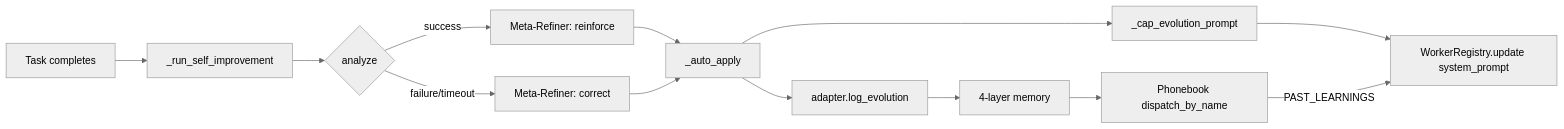
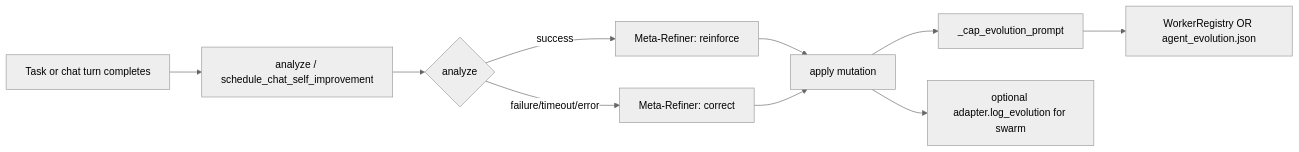
One commit to Mubder/kazma changed the diagram in docs/docs/guide/swarm-orchestration.md. Above: the diagram before and after it, drawn with Mermaid (neutral theme). The commit also changed other lines of this file and 8 other files, not shown here.

First line of the commit message:
feat(si): Kazma-wide self-improvement for chat and swarm

````diff
--- a/docs/docs/guide/swarm-orchestration.md
+++ b/docs/docs/guide/swarm-orchestration.md
@@ -290,15 +297,12 @@
 ```mermaid
 flowchart LR
-    T[Task completes] --> SI[_run_self_improvement]
+    T[Task or chat turn completes] --> SI[analyze / schedule_chat_self_improvement]
     SI --> A{analyze}
     A -->|success| S[Meta-Refiner: reinforce]
-    A -->|failure/timeout| F[Meta-Refiner: correct]
-    S --> AA[_auto_apply]
+    A -->|failure/timeout/error| F[Meta-Refiner: correct]
+    S --> AA[apply mutation]
     F --> AA
     AA --> CP[_cap_evolution_prompt]
-    CP --> WR[WorkerRegistry.update system_prompt]
-    AA --> LE[adapter.log_evolution]
-    LE --> ML[4-layer memory]
-    ML --> PD[Phonebook dispatch_by_name]
-    PD -->|PAST_LEARNINGS| WR
+    CP --> WR[WorkerRegistry OR agent_evolution.json]
+    AA --> LE[optional adapter.log_evolution for swarm]
 ```
````
